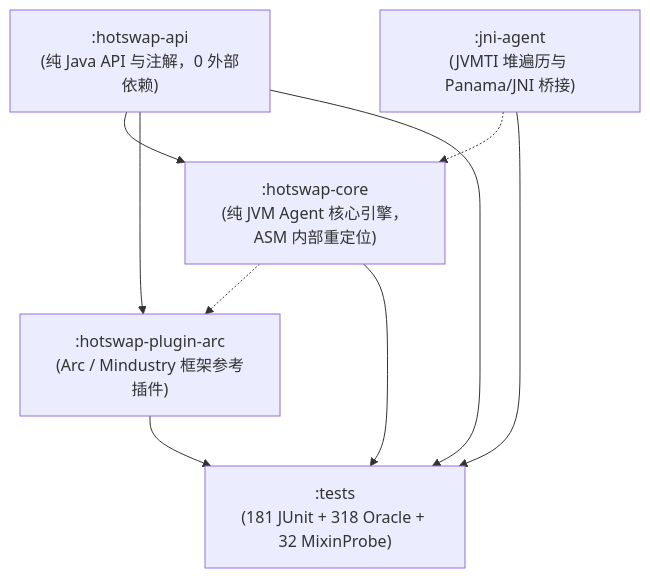
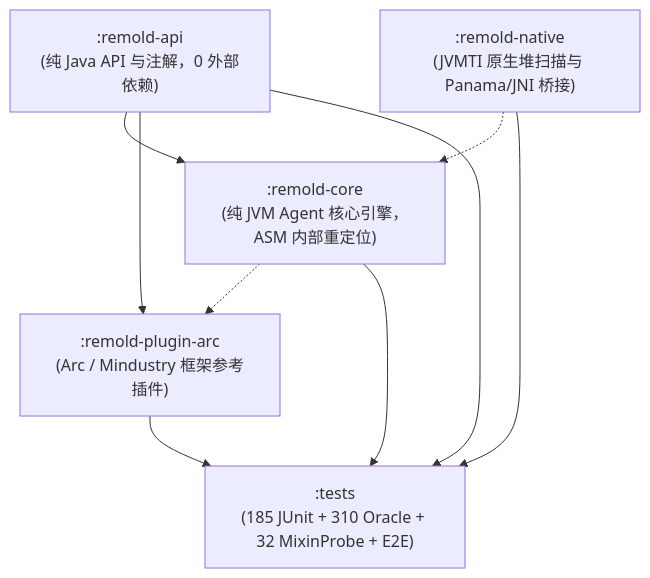
One commit to I-hope1/Remold changed the diagram in README.md. Above: the diagram before and after it, drawn with Mermaid. The commit also changed other lines of this file and 346 other files, not shown here.

First line of the commit message:
feat: migrate project brand to Remold with remold.* packages and live agent harness

````diff
--- a/README.md
+++ b/README.md
@@ -43,17 +84,17 @@
 ```mermaid
 flowchart TD
-    API[":hotswap-api<br/>(纯 Java API 与注解，0 外部依赖)"]
-    CORE[":hotswap-core<br/>(纯 JVM Agent 核心引擎，ASM 内部重定位)"]
-    JNI[":jni-agent<br/>(JVMTI 堆遍历与 Panama/JNI 桥接)"]
-    PLUGIN_ARC[":hotswap-plugin-arc<br/>(Arc / Mindustry 框架参考插件)"]
-    TESTS[":tests<br/>(181 JUnit + 318 Oracle + 32 MixinProbe)"]
+    API[":remold-api<br/>(纯 Java API 与注解，0 外部依赖)"]
+    CORE[":remold-core<br/>(纯 JVM Agent 核心引擎，ASM 内部重定位)"]
+    NATIVE[":remold-native<br/>(JVMTI 原生堆扫描与 Panama/JNI 桥接)"]
+    PLUGIN_ARC[":remold-plugin-arc<br/>(Arc / Mindustry 框架参考插件)"]
+    TESTS[":tests<br/>(185 JUnit + 310 Oracle + 32 MixinProbe + E2E)"]
 
     API --> CORE
-    JNI -.-> CORE
+    NATIVE -.-> CORE
     API --> PLUGIN_ARC
     CORE -.-> PLUGIN_ARC
     CORE --> TESTS
     API --> TESTS
-    JNI --> TESTS
+    NATIVE --> TESTS
     PLUGIN_ARC --> TESTS
 ```
````
